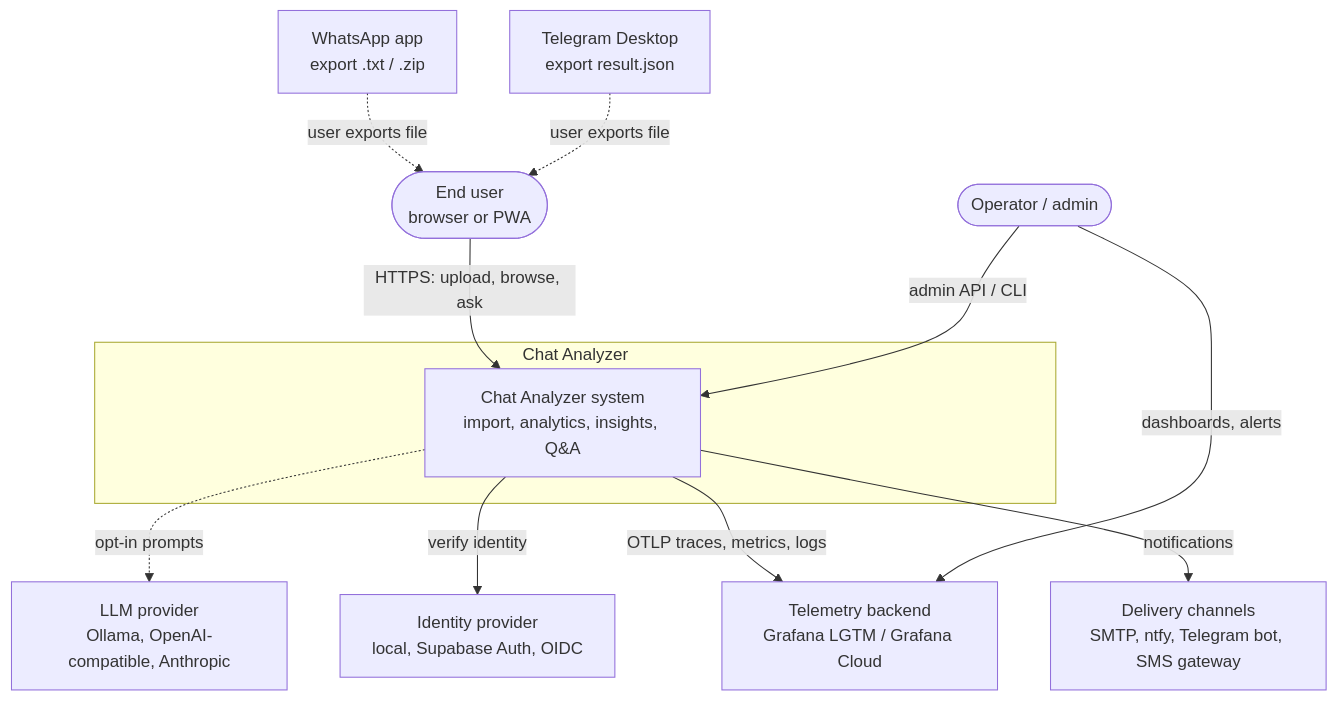
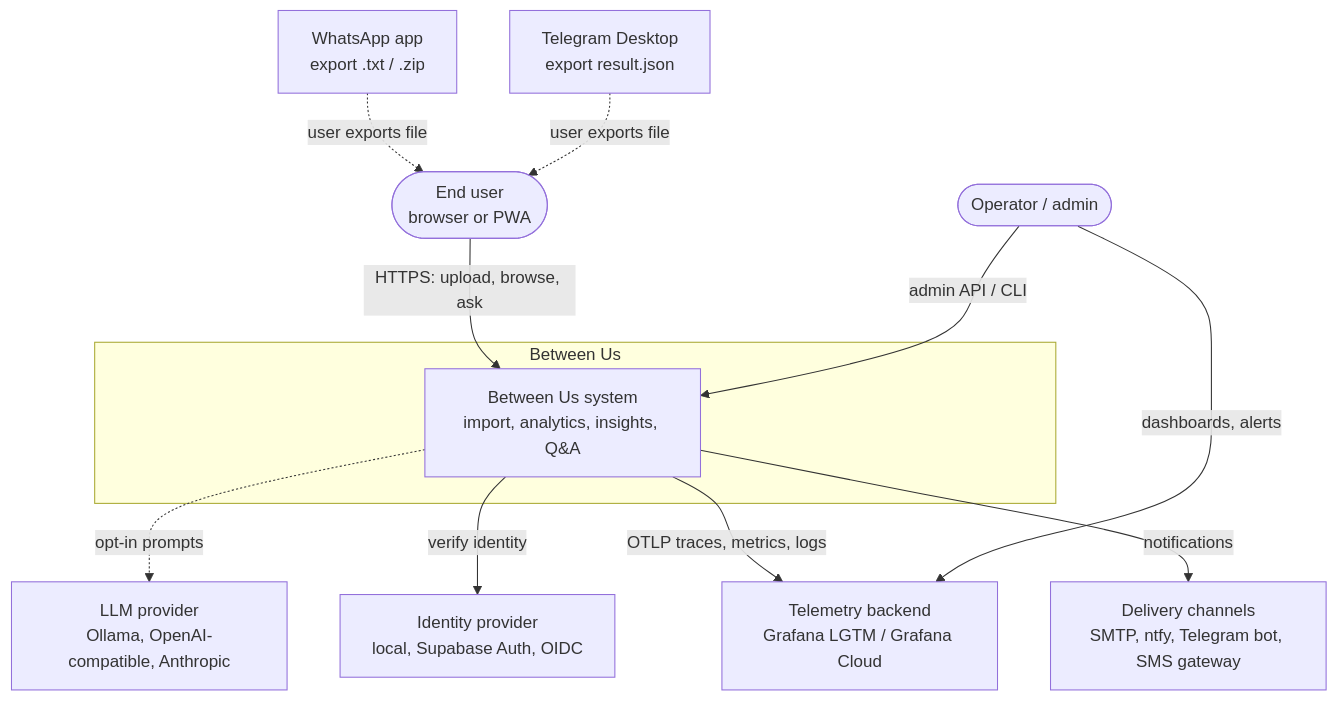
The first of 14 diagrams in docs/02-architecture.md (KshitijV97/between-us), drawn with Mermaid before and after one commit. The commit also changed other lines of this file and 70 other files, not shown here.

````diff
--- a/docs/02-architecture.md
+++ b/docs/02-architecture.md
@@ -50,24 +50,24 @@
 ```mermaid
 flowchart TB
     user(["End user<br/>browser or PWA"])
     op(["Operator / admin"])
-    subgraph SYS["Chat Analyzer"]
-        core["Chat Analyzer system<br/>import, analytics, insights, Q&A"]
+    subgraph SYS["Between Us"]
+        core["Between Us system<br/>import, analytics, insights, Q&A"]
     end
     wa["WhatsApp app<br/>export .txt / .zip"]
     tg["Telegram Desktop<br/>export result.json"]
     llm["LLM provider<br/>Ollama, OpenAI-compatible, Anthropic"]
     idp["Identity provider<br/>local, Supabase Auth, OIDC"]
     tel["Telemetry backend<br/>Grafana LGTM / Grafana Cloud"]
     msg["Delivery channels<br/>SMTP, ntfy, Telegram bot, SMS gateway"]
 
     wa -.->|"user exports file"| user
     tg -.->|"user exports file"| user
     user -->|"HTTPS: upload, browse, ask"| core
     core -.->|"opt-in prompts"| llm
     core -->|"verify identity"| idp
     core -->|"OTLP traces, metrics, logs"| tel
     core -->|"notifications"| msg
     op -->|"dashboards, alerts"| tel
     op -->|"admin API / CLI"| core
 ```
````
